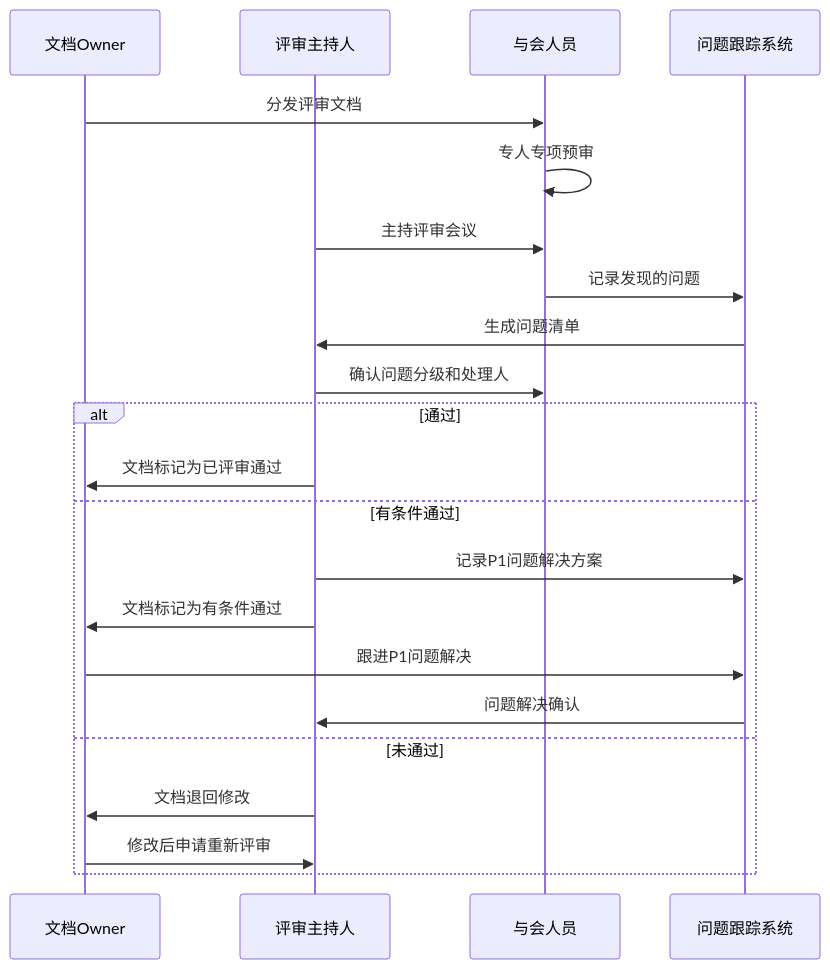
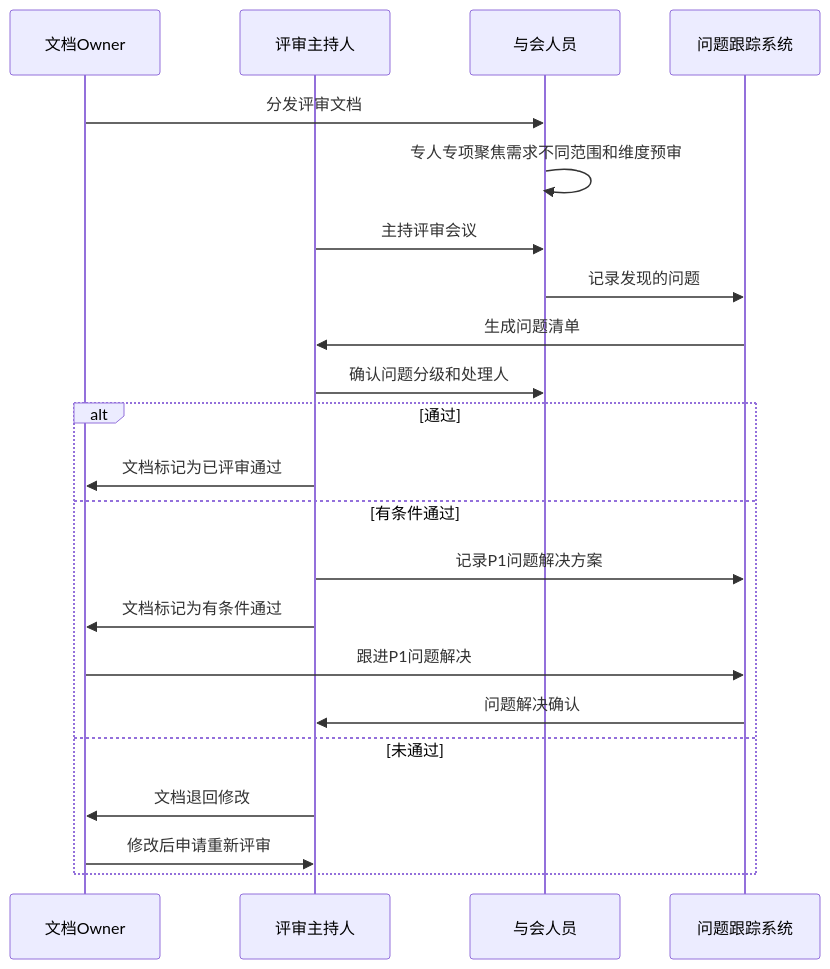
Before and after one commit to Taskon-xyz/PR: diagram 11 of 11 in 开发流程图.md, drawn with Mermaid. The commit also changed 1 other file, not shown here.

````diff
--- a/开发流程图.md
+++ b/开发流程图.md
@@ -270,26 +270,26 @@
 ```mermaid
 sequenceDiagram
     participant D as 文档Owner
     participant A as 评审主持人
     participant B as 与会人员
     participant C as 问题跟踪系统
   
     D->>B: 分发评审文档
-    B->>B: 专人专项预审
+    B->>B: 专人专项聚焦需求不同范围和维度预审
     A->>B: 主持评审会议
     B->>C: 记录发现的问题
     C->>A: 生成问题清单
     A->>B: 确认问题分级和处理人
   
     alt 通过
         A->>D: 文档标记为已评审通过
     else 有条件通过
         A->>C: 记录P1问题解决方案
         A->>D: 文档标记为有条件通过
         D->>C: 跟进P1问题解决
         C->>A: 问题解决确认
     else 未通过
         A->>D: 文档退回修改
         D->>A: 修改后申请重新评审
     end
 ```
````
